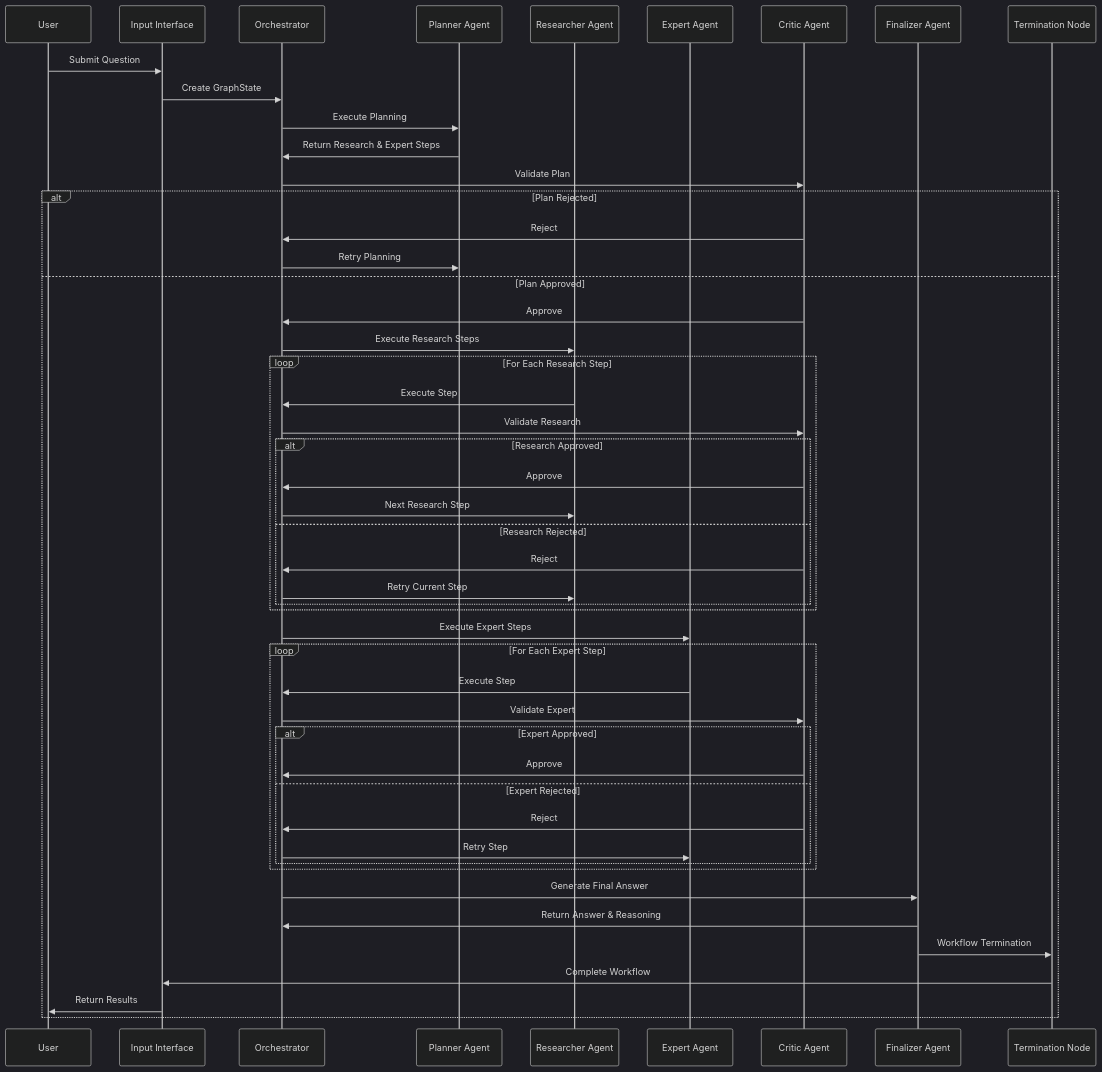
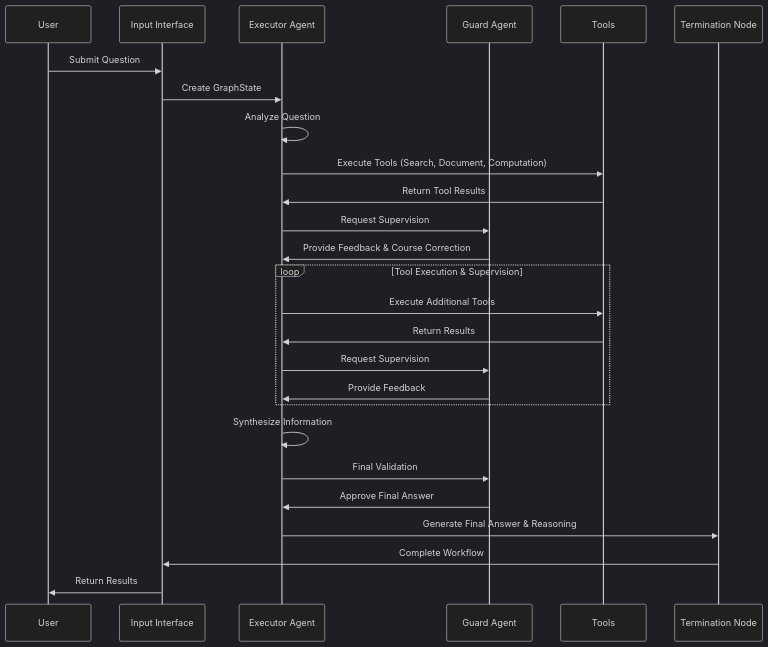
The fourth of 7 diagrams in docs/src/ARCHITECTURE.md (jdsham/hf-ai-agents-course), drawn with Mermaid (dark theme) before and after one commit. The commit also changed other lines of this file and 54 other files, not shown here.

Commit message:
Initial commit for executor + guard agent as a tool architecture.

````diff
--- a/docs/src/ARCHITECTURE.md
+++ b/docs/src/ARCHITECTURE.md
@@ -958,52 +255,29 @@
 ```mermaid
 sequenceDiagram
     participant U as User
     participant I as Input Interface
-    participant O as Orchestrator
-    participant P as Planner Agent
-    participant R as Researcher Agent
-    participant E as Expert Agent
-    participant C as Critic Agent
-    participant F as Finalizer Agent
+    participant E as Executor Agent
+    participant G as Guard Agent
+    participant T as Tools
     participant TERM as Termination Node
     
     U->>I: Submit Question
-    I->>O: Create GraphState
-    O->>P: Execute Planning
-    P->>O: Return Research & Expert Steps
-    O->>C: Validate Plan
-    alt Plan Rejected
-        C->>O: Reject
-        O->>P: Retry Planning
-    else Plan Approved
-        C->>O: Approve
-        O->>R: Execute Research Steps
-        loop For Each Research Step
-            R->>O: Execute Step
-            O->>C: Validate Research
-            alt Research Approved
-                C->>O: Approve
-                O->>R: Next Research Step
-            else Research Rejected
-                C->>O: Reject
-                O->>R: Retry Current Step
-            end
-        end
-        O->>E: Execute Expert Steps
-        loop For Each Expert Step
-            E->>O: Execute Step
-            O->>C: Validate Expert
-            alt Expert Approved
-                C->>O: Approve
-            else Expert Rejected
-                C->>O: Reject
-                O->>E: Retry Step
-            end
-        end
-        O->>F: Generate Final Answer
-        F->>O: Return Answer & Reasoning
-        F->>TERM: Workflow Termination
-        TERM->>I: Complete Workflow
-        I->>U: Return Results
+    I->>E: Create GraphState
+    E->>E: Analyze Question
+    E->>T: Execute Tools (Search, Document, Computation)
+    T->>E: Return Tool Results
+    E->>G: Request Supervision
+    G->>E: Provide Feedback & Course Correction
+    loop Tool Execution & Supervision
+        E->>T: Execute Additional Tools
+        T->>E: Return Results
+        E->>G: Request Supervision
+        G->>E: Provide Feedback
     end
+    E->>E: Synthesize Information
+    E->>G: Final Validation
+    G->>E: Approve Final Answer
+    E->>TERM: Generate Final Answer & Reasoning
+    TERM->>I: Complete Workflow
+    I->>U: Return Results
 ```
````
